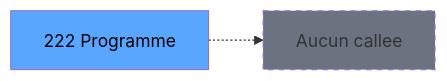
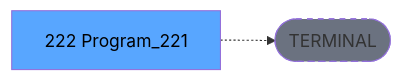
One commit to thonyAGP/lecteur-magic changed the third of 3 diagrams in .openspec/renders/ADH-IDE-222.md. Above: the diagram before and after it, drawn with Mermaid. The commit also changed other lines of this file and 701 other files, not shown here.

````diff
--- a/.openspec/renders/ADH-IDE-222.md
+++ b/.openspec/renders/ADH-IDE-222.md
@@ -120,8 +134,8 @@
 ```mermaid
 graph LR
-    T[222 Programme]
-    NONE[Aucun callee]
-    T -.-> NONE
+    T[222 Program_221]
+    TERM([TERMINAL])
+    T -.-> TERM
+    style TERM fill:#6b7280,stroke-dasharray: 5 5
     style T fill:#58a6ff,color:#000
-    style NONE fill:#6b7280,stroke-dasharray: 5 5
 ```
````
